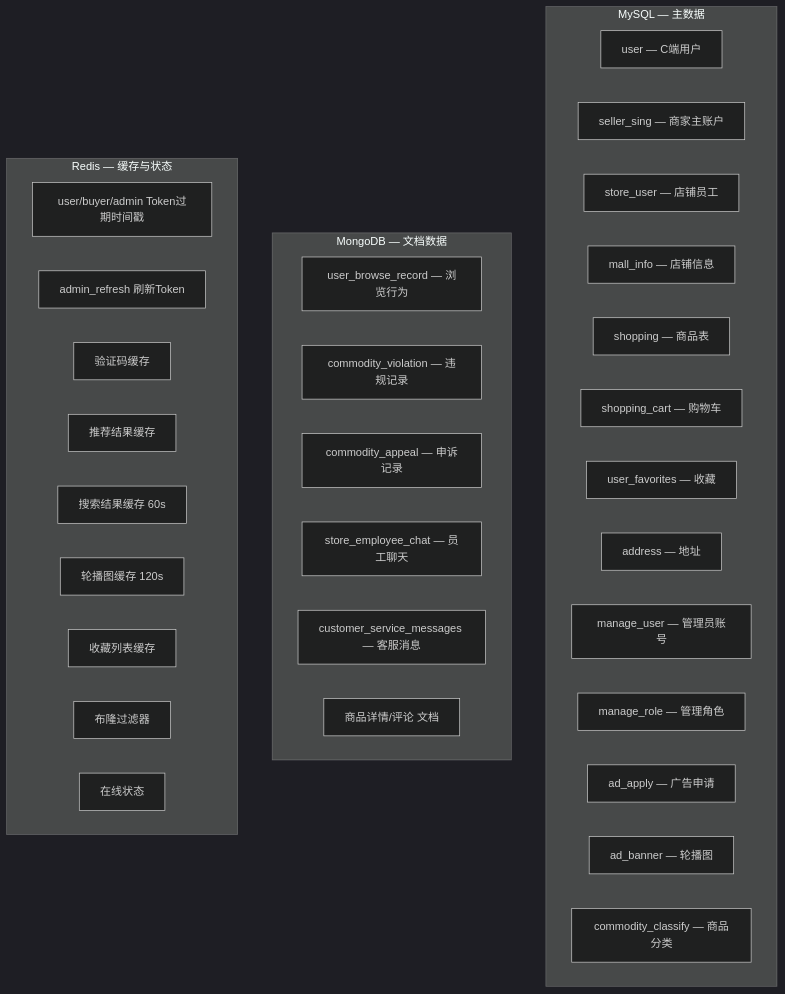
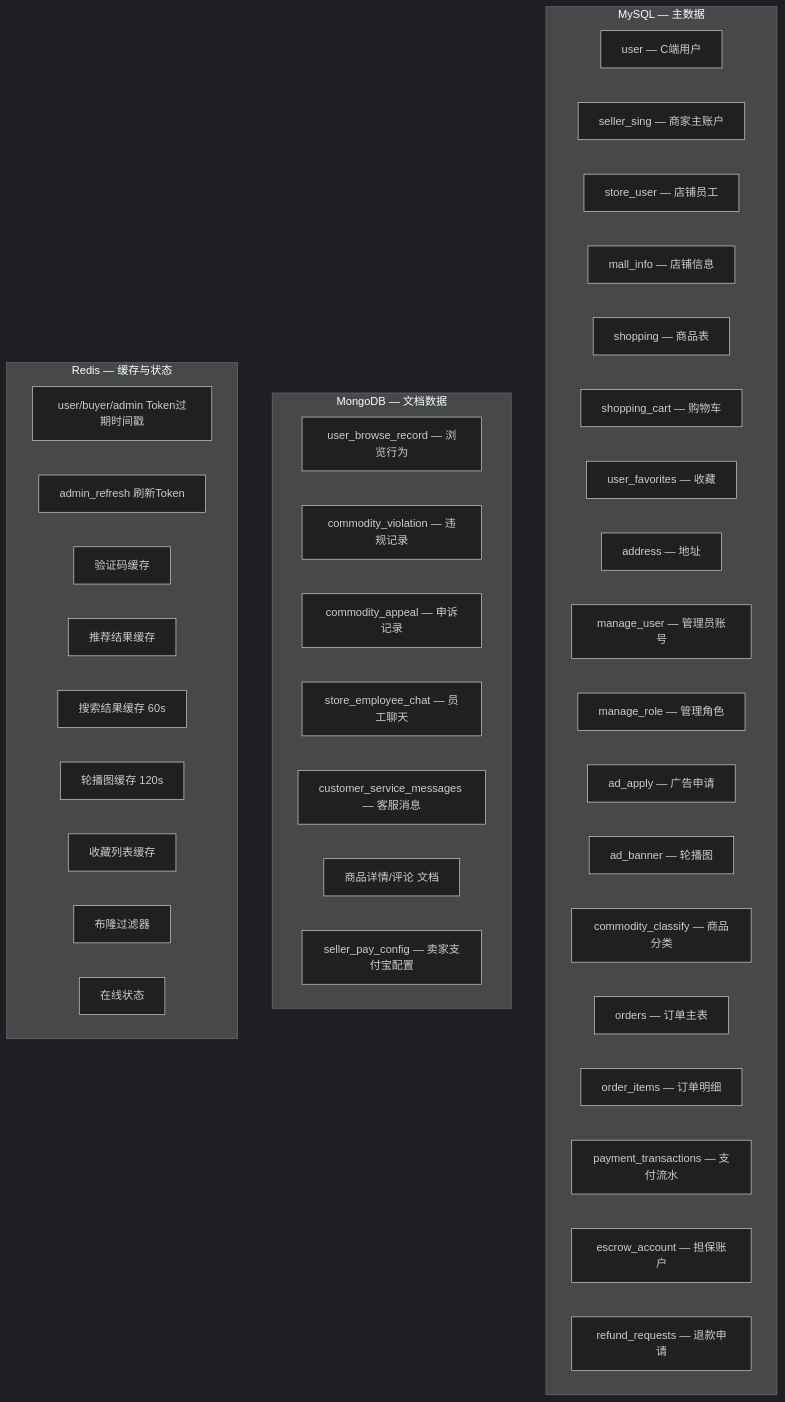
Before and after one commit to SDIJF1521/xb_mall: the tenth of 11 diagrams in README.md, drawn with Mermaid (dark theme). The commit also changed other lines of this file and 39 other files, not shown here.

````diff
--- a/README.md
+++ b/README.md
@@ -463,39 +493,45 @@
 ```mermaid
 flowchart TB
     subgraph MySQL["MySQL — 主数据"]
         T1["user — C端用户"]
         T2["seller_sing — 商家主账户"]
         T3["store_user — 店铺员工"]
         T4["mall_info — 店铺信息"]
         T5["shopping — 商品表"]
         T6["shopping_cart — 购物车"]
         T7["user_favorites — 收藏"]
         T8["address — 地址"]
         T9["manage_user — 管理员账号"]
         T10["manage_role — 管理角色"]
         T11["ad_apply — 广告申请"]
         T12["ad_banner — 轮播图"]
         T13["commodity_classify — 商品分类"]
+        T14["orders — 订单主表"]
+        T15["order_items — 订单明细"]
+        T16["payment_transactions — 支付流水"]
+        T17["escrow_account — 担保账户"]
+        T18["refund_requests — 退款申请"]
     end
 
     subgraph MongoDB["MongoDB — 文档数据"]
         M1["user_browse_record — 浏览行为"]
         M2["commodity_violation — 违规记录"]
         M3["commodity_appeal — 申诉记录"]
         M4["store_employee_chat — 员工聊天"]
         M5["customer_service_messages — 客服消息"]
         M6["商品详情/评论 文档"]
+        M7["seller_pay_config — 卖家支付宝配置"]
     end
 
     subgraph Redis["Redis — 缓存与状态"]
         R1["user/buyer/admin Token过期时间戳"]
         R2["admin_refresh 刷新Token"]
         R3["验证码缓存"]
         R4["推荐结果缓存"]
         R5["搜索结果缓存 60s"]
         R6["轮播图缓存 120s"]
         R7["收藏列表缓存"]
         R8["布隆过滤器"]
         R9["在线状态"]
     end
 ```
````
